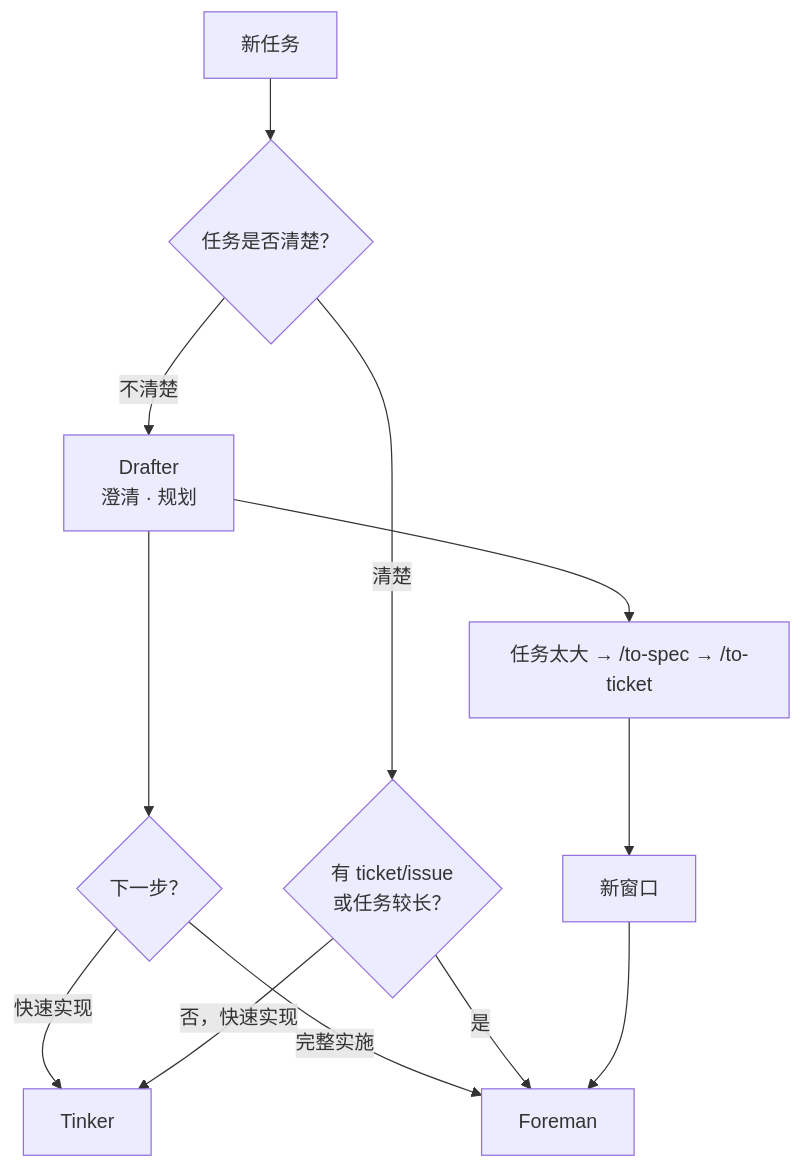
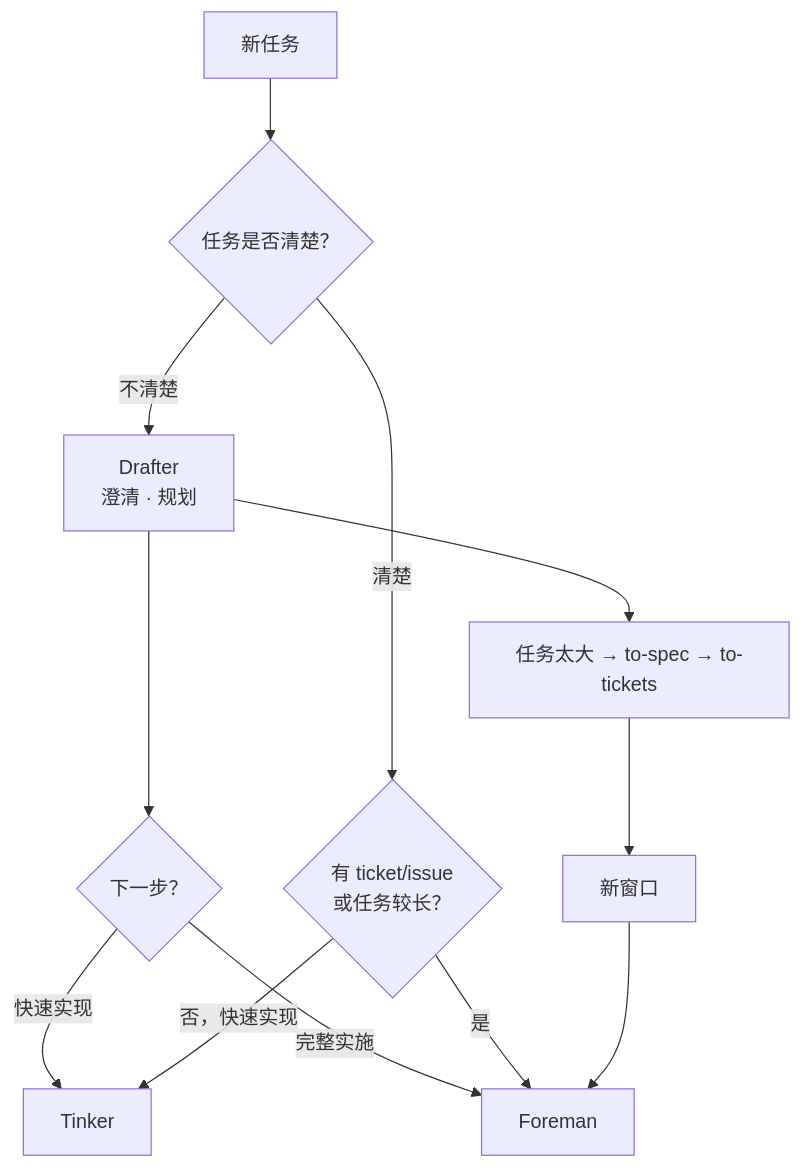
Before and after one commit to MinZhi624/opencode-personal-plugins: the first of 4 diagrams in plugins/opencode-matt-workshop/README.md, drawn with Mermaid. The commit also changed other lines of this file and 33 other files, not shown here.

````diff
--- a/plugins/opencode-matt-workshop/README.md
+++ b/plugins/opencode-matt-workshop/README.md
@@ -11,13 +11,13 @@
 ```mermaid
 flowchart TD
     A[新任务] --> B{任务是否清楚？}
     B -- 不清楚 --> C[Drafter<br/>澄清 · 规划]
     C --> D{下一步？}
     D -- 快速实现 --> E[Tinker]
     D -- 完整实施 --> F[Foreman]
     B -- 清楚 --> G{有 ticket/issue<br/>或任务较长？}
     G -- 否，快速实现 --> E
     G -- 是 --> F
-    C --> Spec["任务太大 → /to-spec → /to-ticket"]
+    C --> Spec["任务太大 → to-spec → to-tickets"]
     Spec --> NewWindow["新窗口"] --> F
 ```
````
